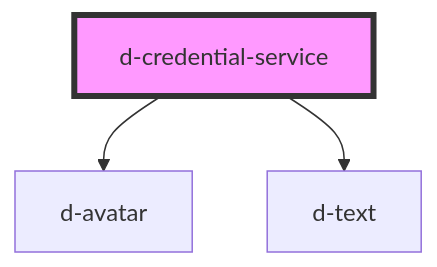
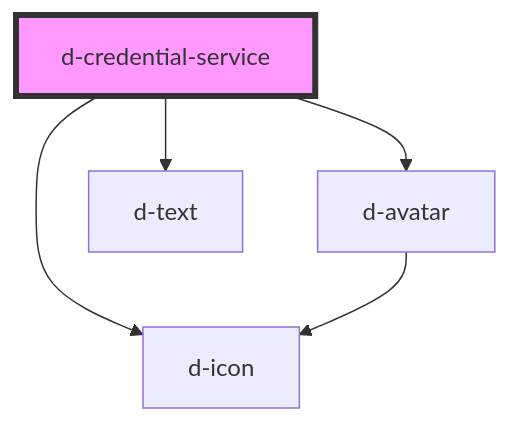
One commit to ForkbombEu/didroom-components changed the diagram in src/components/credential-service/readme.md. Above: the diagram before and after it, drawn with Mermaid. The commit also changed other lines of this file and 146 other files, not shown here.

````diff
--- a/src/components/credential-service/readme.md
+++ b/src/components/credential-service/readme.md
@@ -28,6 +29,8 @@
 ```mermaid
 graph TD;
   d-credential-service --> d-avatar
   d-credential-service --> d-text
+  d-credential-service --> d-icon
+  d-avatar --> d-icon
   style d-credential-service fill:#f9f,stroke:#333,stroke-width:4px
 ```
````
